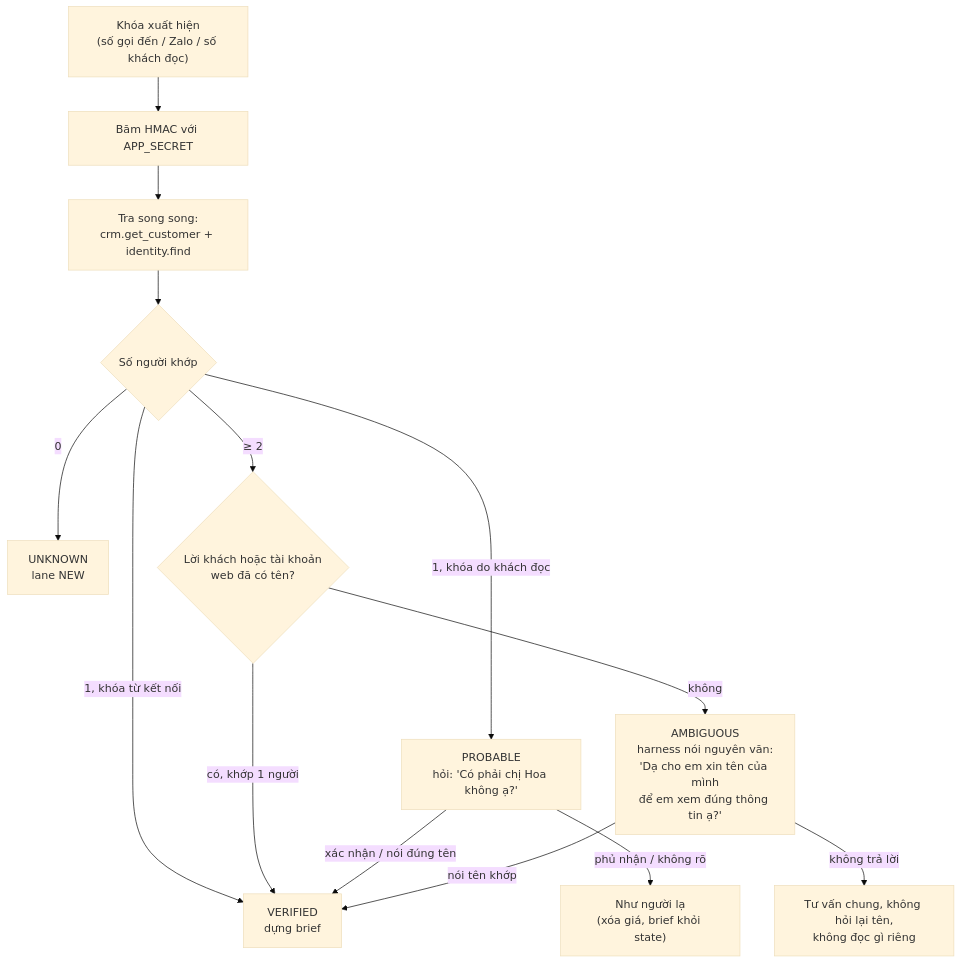
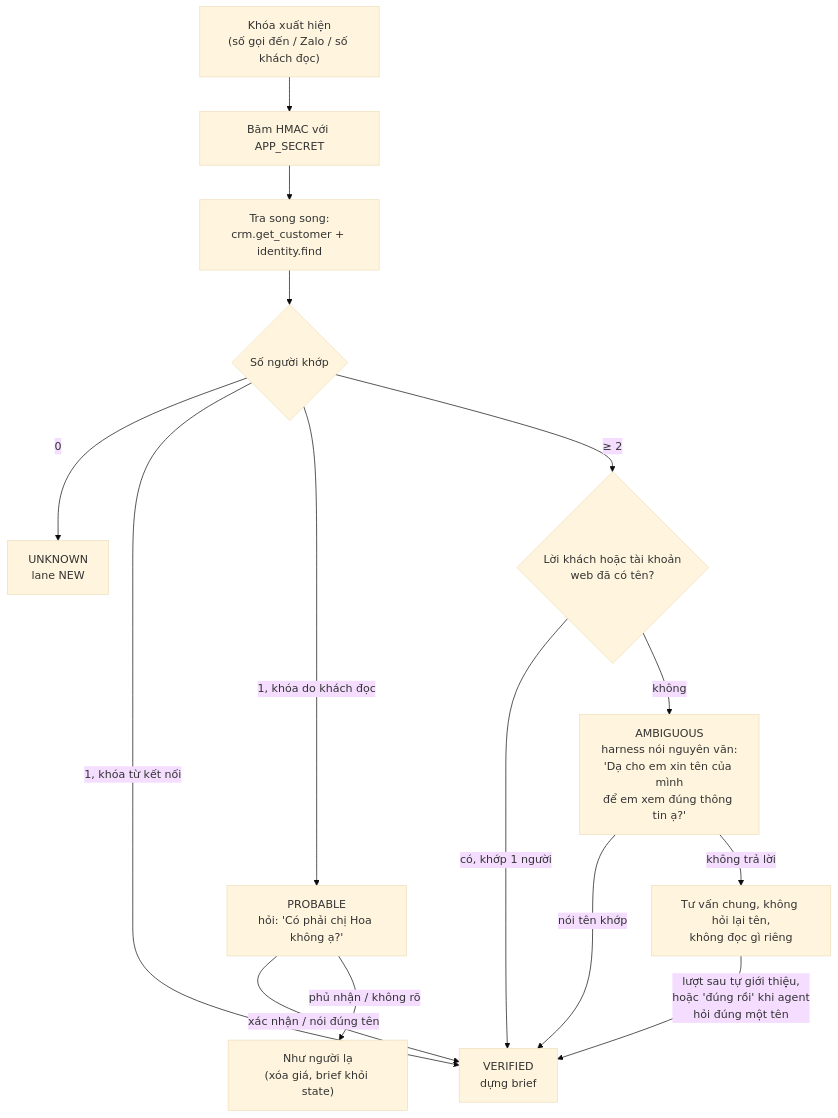
One commit to queenley/capstone_sudocode2026 changed the first of 3 diagrams in docs/ai/02-xu-ly-tinh-huong.md. Above: the diagram before and after it, drawn with Mermaid (base theme). The commit also changed other lines of this file and 5 other files, not shown here.

````diff
--- a/docs/ai/02-xu-ly-tinh-huong.md
+++ b/docs/ai/02-xu-ly-tinh-huong.md
@@ -22,16 +22,17 @@
 ```mermaid
 flowchart TD
     K["Khóa xuất hiện<br/>(số gọi đến / Zalo / số khách đọc)"] --> H["Băm HMAC với APP_SECRET"]
     H --> LOOK["Tra song song:<br/>crm.get_customer + identity.find"]
     LOOK --> N{"Số người khớp"}
     N -- 0 --> U["UNKNOWN<br/>lane NEW"]
     N -- "1, khóa từ kết nối" --> V["VERIFIED<br/>dựng brief"]
     N -- "1, khóa do khách đọc" --> P["PROBABLE<br/>hỏi: 'Có phải chị Hoa không ạ?'"]
     N -- "≥ 2" --> NAME{"Lời khách hoặc tài khoản<br/>web đã có tên?"}
     NAME -- "có, khớp 1 người" --> V
     NAME -- không --> A["AMBIGUOUS<br/>harness nói nguyên văn:<br/>'Dạ cho em xin tên của mình<br/>để em xem đúng thông tin ạ?'"]
     P -- "xác nhận / nói đúng tên" --> V
     P -- "phủ nhận / không rõ" --> S["Như người lạ<br/>(xóa giá, brief khỏi state)"]
     A -- "nói tên khớp" --> V
     A -- "không trả lời" --> G["Tư vấn chung, không hỏi lại tên,<br/>không đọc gì riêng"]
+    G -- "lượt sau tự giới thiệu,<br/>hoặc 'đúng rồi' khi agent<br/>hỏi đúng một tên" --> V
 ```
````
